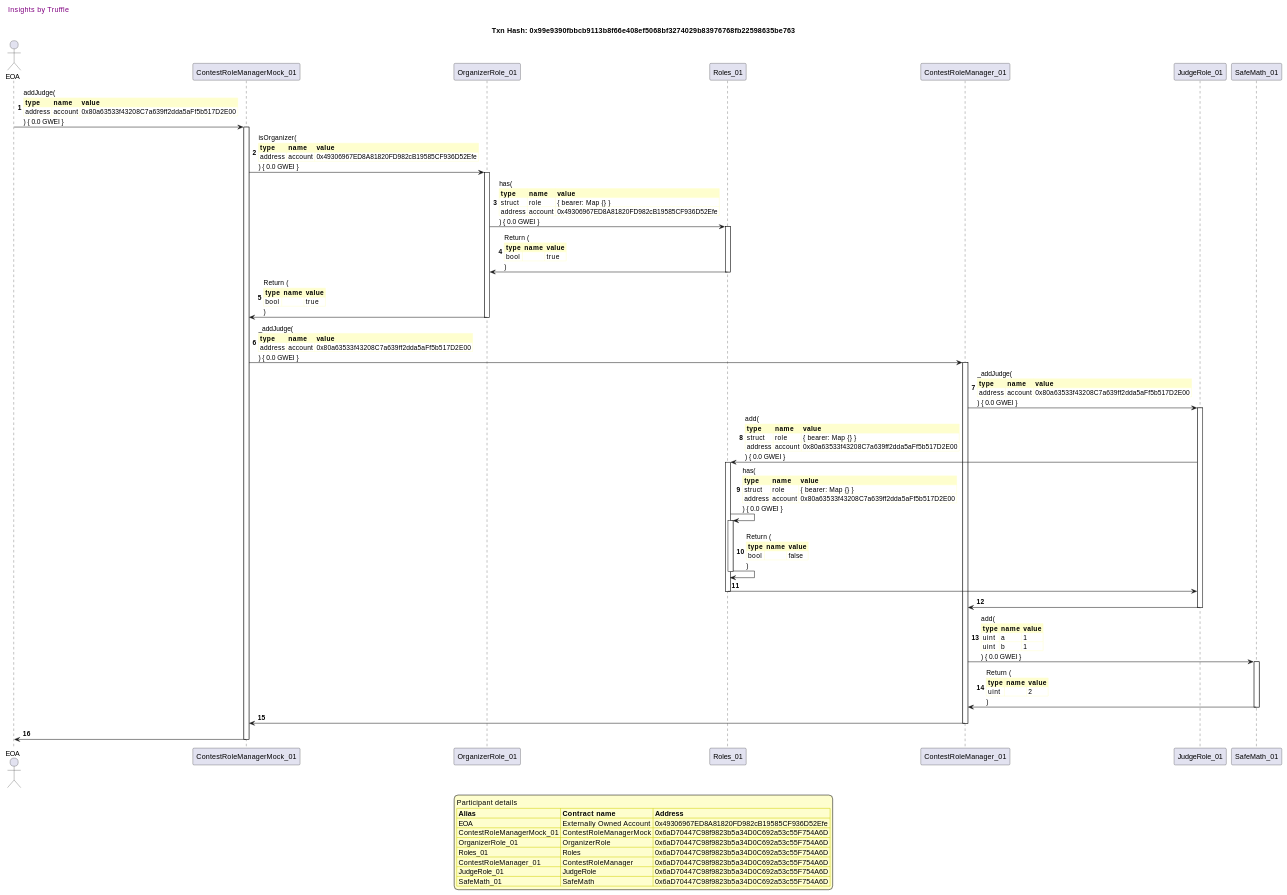
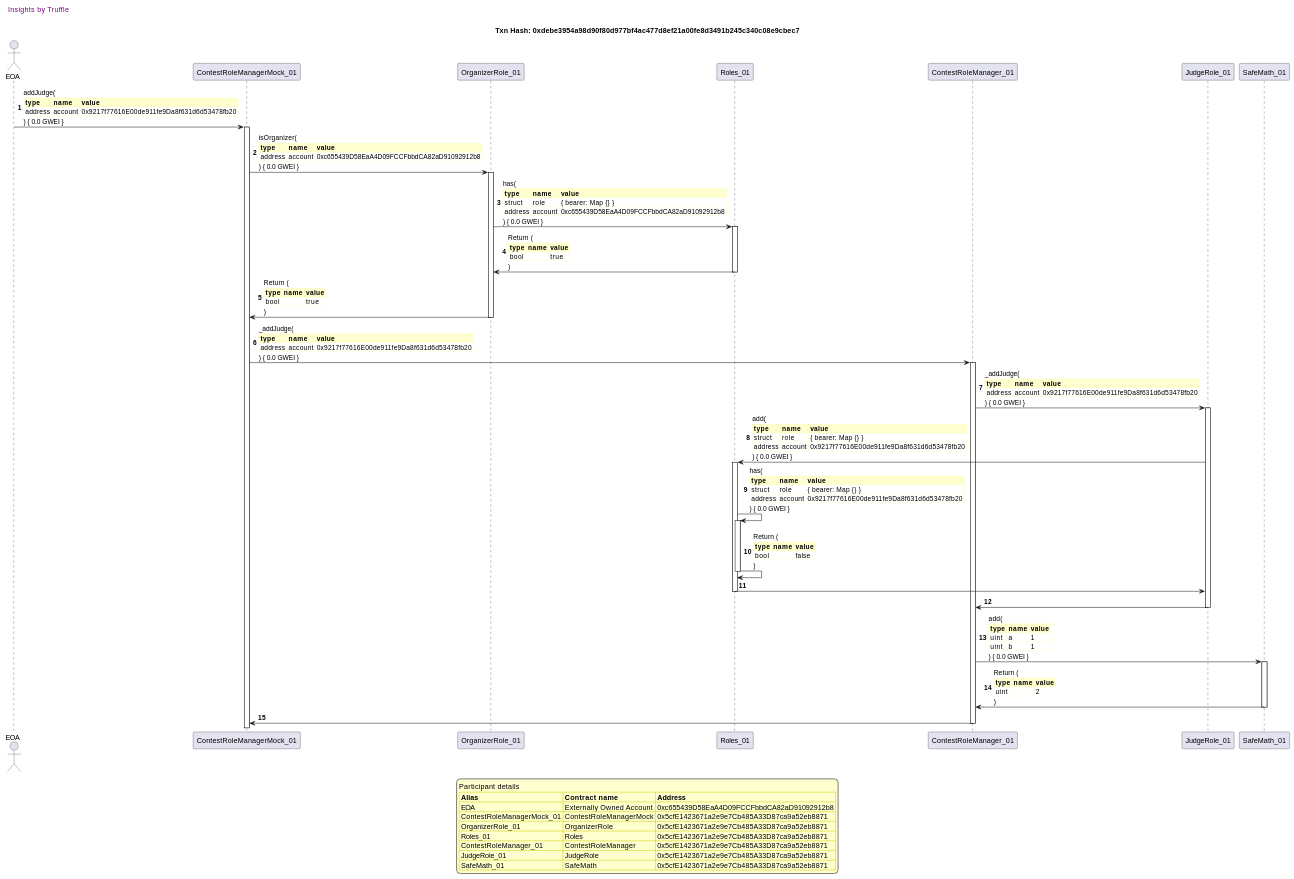
The tenth of 20 diagrams in truffle-seq/roles_contestrolemanager.md (fodisi/hackapay), drawn with PlantUML before and after one commit. The commit also changed other lines of this file and 10 other files, not shown here.

```diff
--- a/truffle-seq/roles_contestrolemanager.md
+++ b/truffle-seq/roles_contestrolemanager.md
@@ -870,7 +862,7 @@
 
 header Insights by Truffle
 
-title Txn Hash: 0x99e9390fbbcb9113b8f66e408ef5068bf3274029b83976768fb22598635be763
+title Txn Hash: 0xdebe3954a98d90f80d977bf4ac477d8ef21a00fe8d3491b245c340c08e9cbec7
 
 
 actor EOA as "EOA"
@@ -883,16 +875,16 @@
 
 "EOA" -> "ContestRoleManagerMock_01" ++: addJudge(\n\
 <#FEFECE,#FEFECE>|= type |= name |= value |\n\
-| address | account | 0x80a63533f43208C7a639ff2dda5aFf5b517D2E00 |\n\
+| address | account | 0x9217f77616E00de911fe9Da8f631d6d53478fb20 |\n\
 ) { 0.0 GWEI }
 "ContestRoleManagerMock_01" -> "OrganizerRole_01" ++: isOrganizer(\n\
 <#FEFECE,#FEFECE>|= type |= name |= value |\n\
-| address | account | 0x49306967ED8A81820FD982cB19585CF936D52Efe |\n\
+| address | account | 0xc655439D58EaA4D09FCCFbbdCA82aD91092912b8 |\n\
 ) { 0.0 GWEI }
 "OrganizerRole_01" -> "Roles_01" ++: has(\n\
 <#FEFECE,#FEFECE>|= type |= name |= value |\n\
 | struct | role | { bearer: Map {} } |\n\
-| address | account | 0x49306967ED8A81820FD982cB19585CF936D52Efe |\n\
+| address | account | 0xc655439D58EaA4D09FCCFbbdCA82aD91092912b8 |\n\
 ) { 0.0 GWEI }
 "Roles_01" -> "OrganizerRole_01" --: Return (\n\
 <#FEFECE,#FEFECE>|= type |= name |= value |\n\
@@ -904,21 +896,21 @@
 )
 "ContestRoleManagerMock_01" -> "ContestRoleManager_01" ++: _addJudge(\n\
 <#FEFECE,#FEFECE>|= type |= name |= value |\n\
-| address | account | 0x80a63533f43208C7a639ff2dda5aFf5b517D2E00 |\n\
+| address | account | 0x9217f77616E00de911fe9Da8f631d6d53478fb20 |\n\
 ) { 0.0 GWEI }
 "ContestRoleManager_01" -> "JudgeRole_01" ++: _addJudge(\n\
 <#FEFECE,#FEFECE>|= type |= name |= value |\n\
-| address | account | 0x80a63533f43208C7a639ff2dda5aFf5b517D2E00 |\n\
+| address | account | 0x9217f77616E00de911fe9Da8f631d6d53478fb20 |\n\
 ) { 0.0 GWEI }
 "JudgeRole_01" -> "Roles_01" ++: add(\n\
 <#FEFECE,#FEFECE>|= type |= name |= value |\n\
 | struct | role | { bearer: Map {} } |\n\
-| address | account | 0x80a63533f43208C7a639ff2dda5aFf5b517D2E00 |\n\
+| address | account | 0x9217f77616E00de911fe9Da8f631d6d53478fb20 |\n\
 ) { 0.0 GWEI }
 "Roles_01" -> "Roles_01" ++: has(\n\
 <#FEFECE,#FEFECE>|= type |= name |= value |\n\
 | struct | role | { bearer: Map {} } |\n\
-| address | account | 0x80a63533f43208C7a639ff2dda5aFf5b517D2E00 |\n\
+| address | account | 0x9217f77616E00de911fe9Da8f631d6d53478fb20 |\n\
 ) { 0.0 GWEI }
 "Roles_01" -> "Roles_01" --: Return (\n\
 <#FEFECE,#FEFECE>|= type |= name |= value |\n\
@@ -936,18 +928,17 @@
 | uint |  | 2 |\n\
 )
 "ContestRoleManager_01" -> "ContestRoleManagerMock_01" --: 
-"ContestRoleManagerMock_01" -> "EOA" --: 
 
 legend
 Participant details
 <#FEFECE,#D0D000>|= Alias |= Contract name |= Address |
-<#FEFECE>| EOA | Externally Owned Account | 0x49306967ED8A81820FD982cB19585CF936D52Efe |
-<#FEFECE>| ContestRoleManagerMock_01 | ContestRoleManagerMock | 0x6aD70447C98f9823b5a34D0C692a53c55F754A6D |
-<#FEFECE>| OrganizerRole_01 | OrganizerRole | 0x6aD70447C98f9823b5a34D0C692a53c55F754A6D |
-<#FEFECE>| Roles_01 | Roles | 0x6aD70447C98f9823b5a34D0C692a53c55F754A6D |
-<#FEFECE>| ContestRoleManager_01 | ContestRoleManager | 0x6aD70447C98f9823b5a34D0C692a53c55F754A6D |
-<#FEFECE>| JudgeRole_01 | JudgeRole | 0x6aD70447C98f9823b5a34D0C692a53c55F754A6D |
-<#FEFECE>| SafeMath_01 | SafeMath | 0x6aD70447C98f9823b5a34D0C692a53c55F754A6D |
+<#FEFECE>| EOA | Externally Owned Account | 0xc655439D58EaA4D09FCCFbbdCA82aD91092912b8 |
+<#FEFECE>| ContestRoleManagerMock_01 | ContestRoleManagerMock | 0x5cfE1423671a2e9e7Cb485A33D87ca9a52eb8871 |
+<#FEFECE>| OrganizerRole_01 | OrganizerRole | 0x5cfE1423671a2e9e7Cb485A33D87ca9a52eb8871 |
+<#FEFECE>| Roles_01 | Roles | 0x5cfE1423671a2e9e7Cb485A33D87ca9a52eb8871 |
+<#FEFECE>| ContestRoleManager_01 | ContestRoleManager | 0x5cfE1423671a2e9e7Cb485A33D87ca9a52eb8871 |
+<#FEFECE>| JudgeRole_01 | JudgeRole | 0x5cfE1423671a2e9e7Cb485A33D87ca9a52eb8871 |
+<#FEFECE>| SafeMath_01 | SafeMath | 0x5cfE1423671a2e9e7Cb485A33D87ca9a52eb8871 |
 endlegend
 
 @enduml
```
